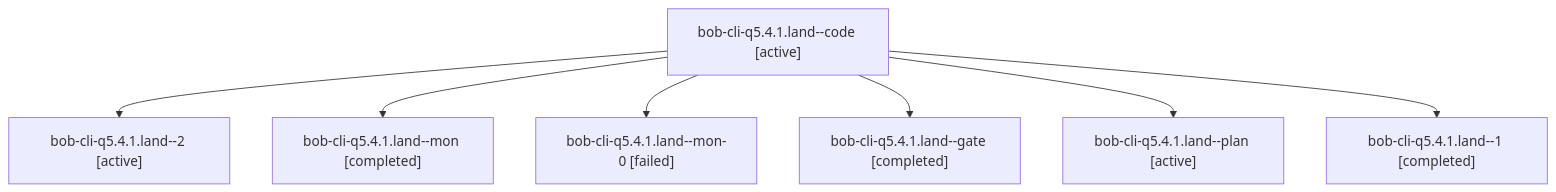
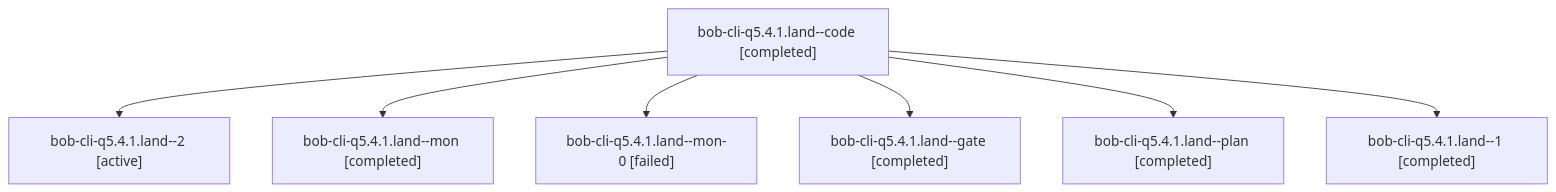
The diagram in sessions/bbugyi200.athena.bob-cli-q5.4.1.land.md (bobs-org/bob-cli--agents), drawn with Mermaid before and after one commit. The commit also changed other lines of this file and 174 other files, not shown here.

````diff
--- a/sessions/bbugyi200.athena.bob-cli-q5.4.1.land.md
+++ b/sessions/bbugyi200.athena.bob-cli-q5.4.1.land.md
@@ -9,16 +9,16 @@
 ```mermaid
 flowchart TD
-  n0["bob-cli-q5.4.1.land--code [active]"]
+  n0["bob-cli-q5.4.1.land--code [completed]"]
   n1["bob-cli-q5.4.1.land--2 [active]"]
   n0 --> n1
   n2["bob-cli-q5.4.1.land--mon [completed]"]
   n0 --> n2
   n3["bob-cli-q5.4.1.land--mon-0 [failed]"]
   n0 --> n3
   n4["bob-cli-q5.4.1.land--gate [completed]"]
   n0 --> n4
-  n5["bob-cli-q5.4.1.land--plan [active]"]
+  n5["bob-cli-q5.4.1.land--plan [completed]"]
   n0 --> n5
   n6["bob-cli-q5.4.1.land--1 [completed]"]
   n0 --> n6
 ```
````
